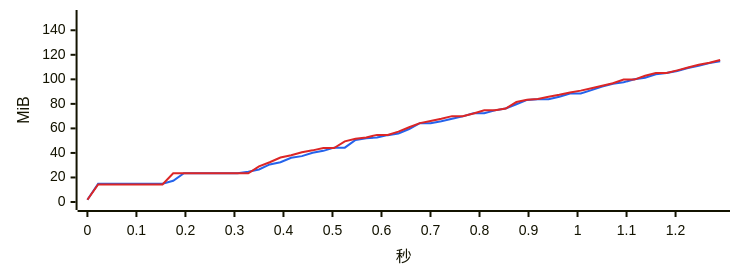
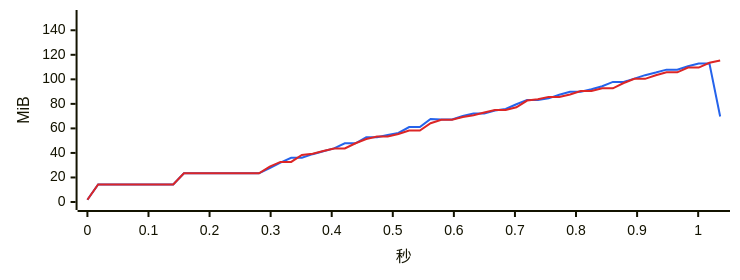
One commit to 334456777/WeFlow changed the ninth of 17 diagrams in bench/v2.0.0/summary.md. Above: the diagram before and after it, drawn with Mermaid. The commit also changed other lines of this file and 3 other files, not shown here.

````diff
--- a/bench/v2.0.0/summary.md
+++ b/bench/v2.0.0/summary.md
@@ -378,8 +375,8 @@
 ```mermaid
 %%{init: {"xyChart": {"width": 720, "height": 260}, "themeVariables": {"xyChart": {"plotColorPalette": "#2563eb, #dc2626"}}}}%%
 xychart-beta
-    x-axis "秒" 0 --> 1.291
+    x-axis "秒" 0 --> 1.036
     y-axis "MiB" 0 --> 150
-    line [1.8, 14.9, 14.9, 14.9, 14.9, 14.9, 14.9, 14.9, 17.3, 23.4, 23.4, 23.4, 23.4, 23.4, 23.4, 24.7, 26.5, 30.6, 32.4, 36.0, 37.4, 40.2, 41.7, 44.3, 44.3, 50.5, 52.0, 52.6, 54.5, 55.9, 59.5, 64.3, 64.3, 65.9, 67.8, 69.8, 72.3, 72.3, 74.7, 76.2, 79.7, 83.2, 83.8, 83.8, 85.8, 88.4, 88.4, 91.2, 94.1, 96.4, 97.6, 100.0, 101.3, 104.1, 105.1, 106.8, 109.2, 111.1, 113.2, 114.8]
-    line [1.8, 14.3, 14.3, 14.3, 14.3, 14.3, 14.3, 14.3, 23.4, 23.4, 23.4, 23.4, 23.4, 23.4, 23.4, 23.4, 29.0, 32.4, 36.3, 38.1, 40.6, 42.1, 44.0, 44.0, 49.4, 51.6, 52.6, 54.7, 54.7, 57.4, 60.9, 64.3, 66.1, 67.9, 70.0, 70.0, 72.2, 74.8, 74.8, 76.2, 81.5, 83.3, 84.0, 85.8, 87.4, 89.3, 90.8, 92.8, 94.8, 96.8, 99.8, 99.8, 102.9, 105.1, 105.1, 107.3, 109.7, 111.9, 113.5, 115.8]
+    line [1.8, 14.3, 14.3, 14.3, 14.3, 14.3, 14.3, 14.3, 14.3, 23.4, 23.4, 23.4, 23.4, 23.4, 23.4, 23.4, 23.4, 27.7, 32.1, 36.1, 36.1, 39.0, 41.3, 43.7, 47.8, 47.8, 52.8, 52.8, 54.7, 56.3, 61.1, 61.1, 67.7, 67.3, 67.3, 70.1, 72.1, 72.1, 74.6, 75.8, 79.7, 83.2, 83.2, 84.5, 87.4, 89.9, 89.9, 91.9, 94.4, 97.9, 97.9, 100.6, 103.4, 105.5, 107.9, 107.9, 110.7, 112.9, 112.9, 69.7]
+    line [1.8, 14.3, 14.3, 14.3, 14.3, 14.3, 14.3, 14.3, 14.3, 23.4, 23.4, 23.4, 23.4, 23.4, 23.4, 23.4, 23.4, 28.9, 32.7, 32.7, 38.3, 39.4, 41.6, 43.6, 43.6, 47.9, 51.3, 53.4, 53.4, 55.5, 58.2, 58.2, 64.2, 67.0, 67.0, 69.3, 70.7, 72.9, 75.0, 75.0, 77.2, 82.7, 83.8, 85.7, 85.7, 87.7, 90.5, 90.5, 92.7, 92.7, 97.0, 100.4, 100.4, 103.3, 105.7, 105.7, 109.6, 109.6, 113.5, 115.3]
 ```
````
